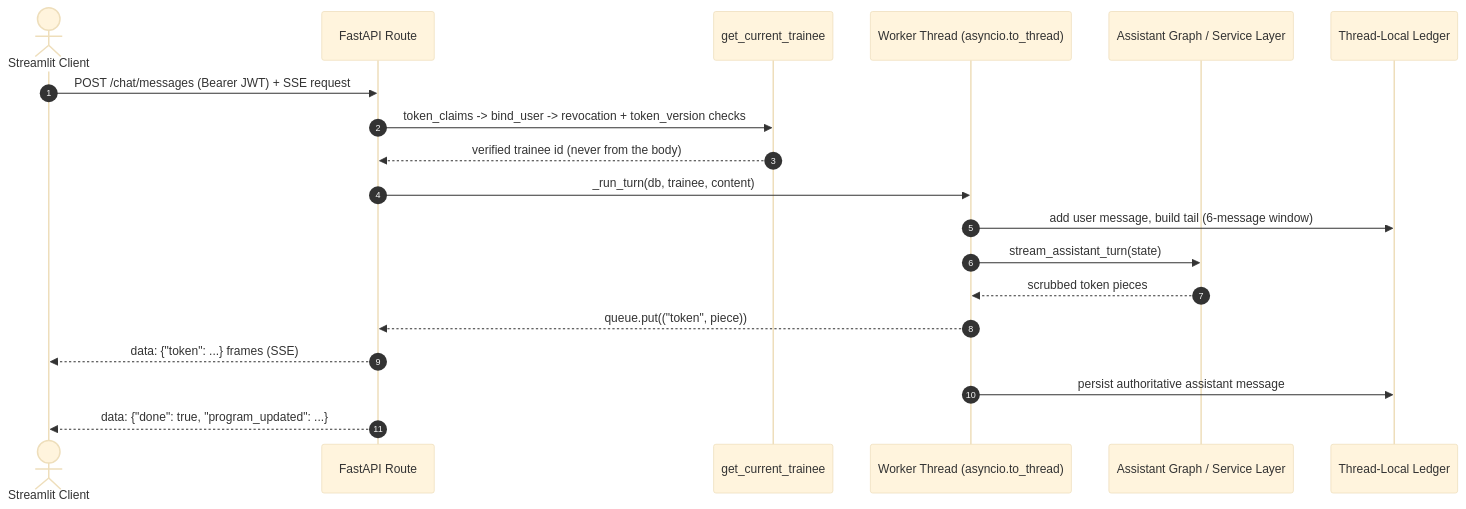
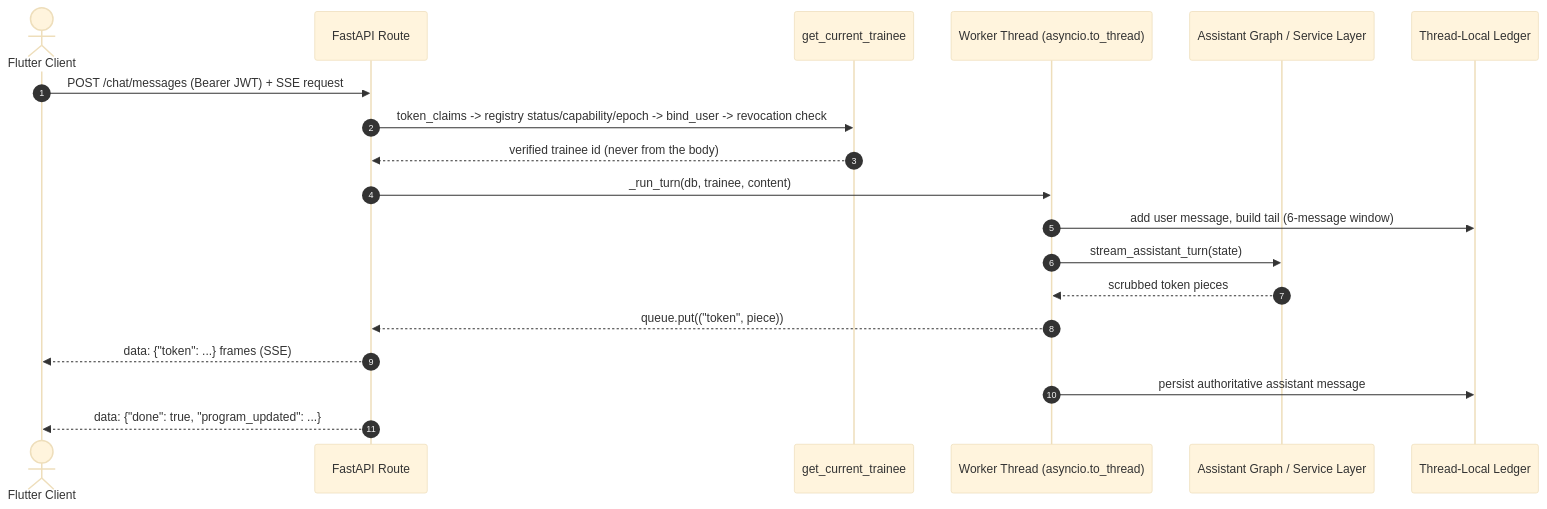
One commit to ahmedtvmer/MAYOS changed the eighth of 8 diagrams in docs/ARCHITECTURE.md. Above: the diagram before and after it, drawn with Mermaid (base theme). The commit also changed other lines of this file and 13 other files, not shown here.

````diff
--- a/docs/ARCHITECTURE.md
+++ b/docs/ARCHITECTURE.md
@@ -391,22 +391,22 @@
 ```mermaid
 sequenceDiagram
     autonumber
-    actor UI as Streamlit Client
+    actor UI as Flutter Client
     participant API as FastAPI Route
     participant Dep as get_current_trainee
     participant Thread as Worker Thread (asyncio.to_thread)
     participant Graph as Assistant Graph / Service Layer
     participant DB as Thread-Local Ledger
 
     UI->>API: POST /chat/messages (Bearer JWT) + SSE request
-    API->>Dep: token_claims -> bind_user -> revocation + token_version checks
+    API->>Dep: token_claims -> registry status/capability/epoch -> bind_user -> revocation check
     Dep-->>API: verified trainee id (never from the body)
     API->>Thread: _run_turn(db, trainee, content)
     Thread->>DB: add user message, build tail (6-message window)
     Thread->>Graph: stream_assistant_turn(state)
     Graph-->>Thread: scrubbed token pieces
     Thread-->>API: queue.put(("token", piece))
     API-->>UI: data: {"token": ...} frames (SSE)
     Thread->>DB: persist authoritative assistant message
     API-->>UI: data: {"done": true, "program_updated": ...}
 ```
````
